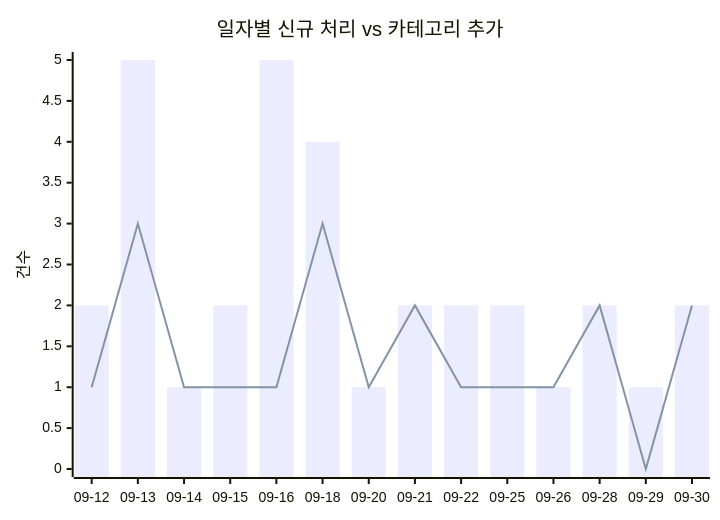
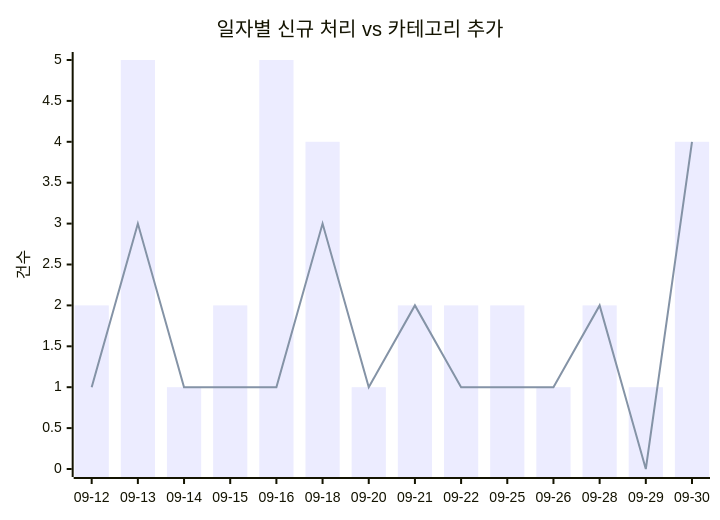
Before and after one commit to J-nowcow/awesome-korean-agent-skills: the first of 2 diagrams in docs/trends.md, drawn with Mermaid. The commit also changed other lines of this file and 5 other files, not shown here.

````diff
--- a/docs/trends.md
+++ b/docs/trends.md
@@ -32,8 +32,8 @@
 ```mermaid
 xychart-beta
     title "일자별 신규 처리 vs 카테고리 추가"
     x-axis ["09-12","09-13","09-14","09-15","09-16","09-18","09-20","09-21","09-22","09-25","09-26","09-28","09-29","09-30"]
     y-axis "건수"
-    bar [2,5,1,2,5,4,1,2,2,2,1,2,1,2]
-    line [1,3,1,1,1,3,1,2,1,1,1,2,0,2]
+    bar [2,5,1,2,5,4,1,2,2,2,1,2,1,4]
+    line [1,3,1,1,1,3,1,2,1,1,1,2,0,4]
 ```
````
